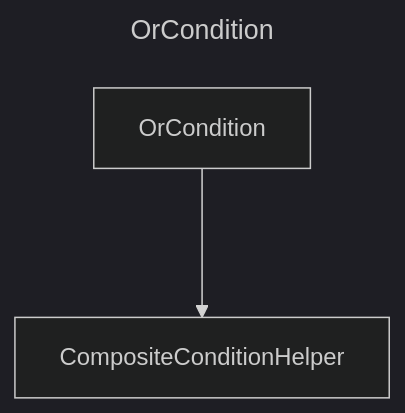
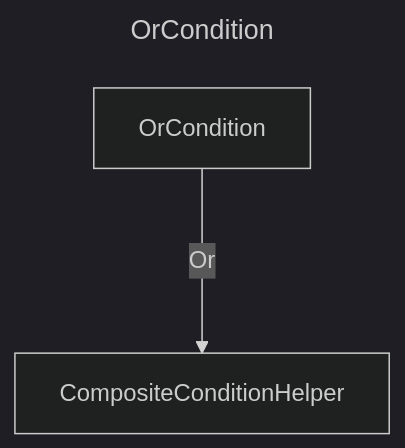
One commit to douglassimonsen/pbi_core changed the diagram in docs/docs/layout/erd/OrCondition.md. Above: the diagram before and after it, drawn with Mermaid (dark theme). The commit also changed 77 other files, not shown here.

Commit message:
Updated to color code the layout ERD

````diff
--- a/docs/docs/layout/erd/OrCondition.md
+++ b/docs/docs/layout/erd/OrCondition.md
@@ -1,9 +1,9 @@
 ```mermaid
 ---
 title: OrCondition
 ---
 graph 
-2721641842256["CompositeConditionHelper"]
-2721641844208["OrCondition"]
-2721641844208 ---> 2721641842256
+2430071871440["CompositeConditionHelper"]
+2430071879248["OrCondition"]
+2430071879248 --->|Or| 2430071871440
 ```
````
